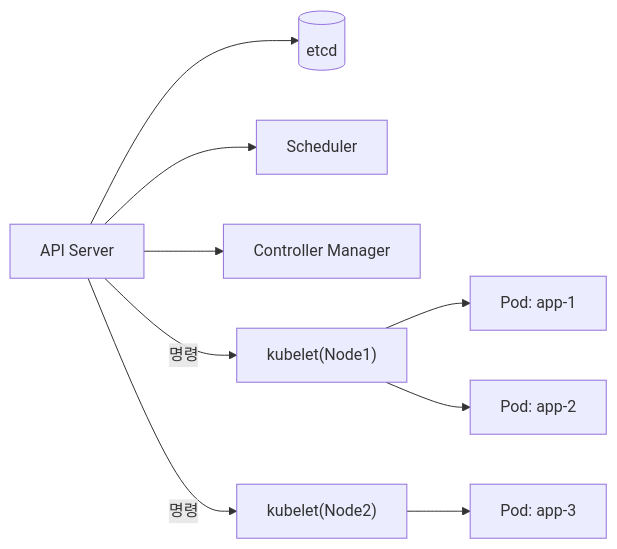
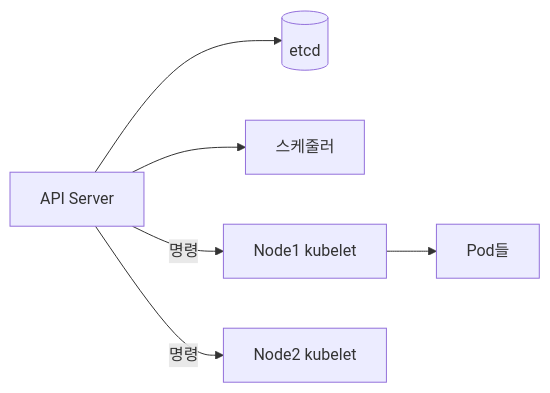
Before and after one commit to yjkim2015/yjkim2015.github.io: the first of 2 diagrams in _posts/cloud/2026-05-01-kubernetes.md, drawn with Mermaid. The commit also changed 163 other files, not shown here.

First line of the commit message:
Mermaid 300개 블록 내용 축소: 5노드 5엣지 이하, 의미 있는 약어

````diff
--- a/_posts/cloud/2026-05-01-kubernetes.md
+++ b/_posts/cloud/2026-05-01-kubernetes.md
@@ -21,11 +21,8 @@
 ```mermaid
 graph LR
     API["API Server"] --> ETCD[("etcd")]
-    API --> SCHED["Scheduler"]
-    API --> CM["Controller Manager"]
-    KL1["kubelet(Node1)"] --> C1["Pod: app-1"]
-    KL1 --> C2["Pod: app-2"]
-    KL2["kubelet(Node2)"] --> C3["Pod: app-3"]
-    API -->|"명령"| KL1
-    API -->|"명령"| KL2
+    API --> SCHED["스케줄러"]
+    API -->|"명령"| KL1["Node1 kubelet"]
+    API -->|"명령"| KL2["Node2 kubelet"]
+    KL1 --> POD1["Pod들"]
 ```
````
